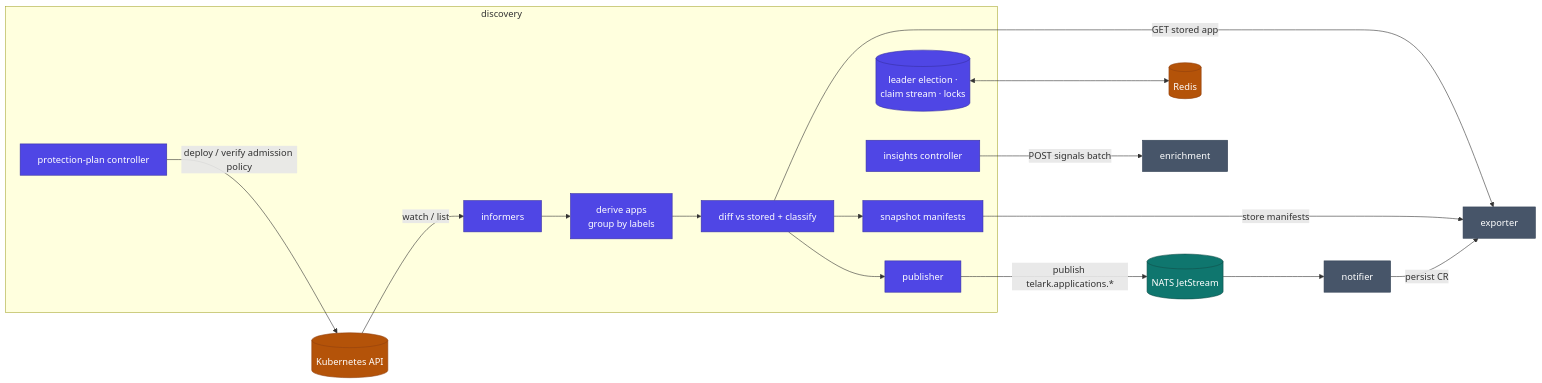
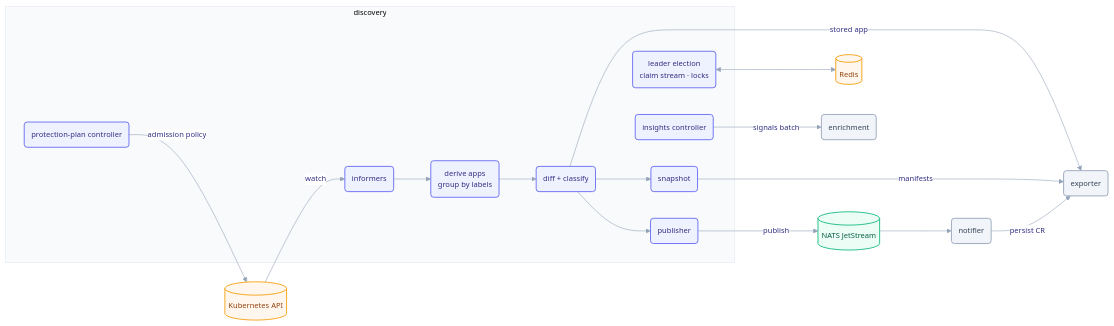
The first of 3 diagrams in services/discovery/README.md (telark/telark), drawn with Mermaid before and after one commit. The commit also changed other lines of this file and 14 other files, not shown here.

Commit message:
adjust README graph style and add missing annotations for CRDs

````diff
--- a/services/discovery/README.md
+++ b/services/discovery/README.md
@@ -15,37 +15,38 @@
 ```mermaid
+%%{init: {"theme":"base","themeVariables":{"fontFamily":"ui-sans-serif, system-ui, -apple-system, Segoe UI, Roboto, sans-serif","fontSize":"13px","lineColor":"#94a3b8","primaryColor":"#eef2ff","primaryBorderColor":"#6366f1","primaryTextColor":"#312e81","edgeLabelBackground":"#ffffff","clusterBkg":"#f8fafc","clusterBorder":"#e2e8f0"},"flowchart":{"curve":"basis","htmlLabels":true,"nodeSpacing":46,"rankSpacing":64,"padding":12}}}%%
 flowchart LR
   K8S[("Kubernetes API")]
 
   subgraph discovery["discovery"]
-    INF[informers] --> DER[derive apps<br/>group by labels]
-    DER --> DIFF[diff vs stored + classify]
-    DIFF --> SNAP[snapshot manifests]
-    DIFF --> PUB[publisher]
-    INS[insights controller]
-    PLN[protection-plan controller]
-    COORD[(leader election ·<br/>claim stream · locks)]
+    INF(informers) --> DER("derive apps<br/>group by labels")
+    DER --> DIFF(diff + classify)
+    DIFF --> SNAP(snapshot)
+    DIFF --> PUB(publisher)
+    INS(insights controller)
+    PLN(protection-plan controller)
+    COORD("leader election<br/>claim stream · locks")
   end
 
-  EXP[exporter]
+  EXP(exporter)
   NATS[("NATS JetStream")]
-  NTF[notifier]
+  NTF(notifier)
   REDIS[("Redis")]
-  ENR[enrichment]
+  ENR(enrichment)
 
-  K8S -->|watch / list| INF
-  DIFF -->|GET stored app| EXP
-  SNAP -->|store manifests| EXP
-  PUB -->|publish telark.applications.*| NATS --> NTF -->|persist CR| EXP
+  K8S -->|watch| INF
+  DIFF -->|stored app| EXP
+  SNAP -->|manifests| EXP
+  PUB -->|publish| NATS --> NTF -->|persist CR| EXP
   COORD <--> REDIS
-  INS -->|POST signals batch| ENR
-  PLN -->|deploy / verify admission policy| K8S
+  INS -->|signals batch| ENR
+  PLN -->|admission policy| K8S
 
-  classDef svc fill:#4f46e5,stroke:#3730a3,color:#fff;
-  classDef infra fill:#0f766e,stroke:#134e4a,color:#fff;
-  classDef peer fill:#475569,stroke:#334155,color:#fff;
-  classDef store fill:#b45309,stroke:#92400e,color:#fff;
+  classDef svc fill:#eef2ff,stroke:#6366f1,stroke-width:1.5px,color:#312e81;
+  classDef infra fill:#ecfdf5,stroke:#10b981,stroke-width:1.5px,color:#065f46;
+  classDef peer fill:#f1f5f9,stroke:#94a3b8,stroke-width:1.5px,color:#334155;
+  classDef store fill:#fff7ed,stroke:#f59e0b,stroke-width:1.5px,color:#92400e;
   class INF,DER,DIFF,SNAP,PUB,INS,PLN,COORD svc;
   class NATS infra;
   class EXP,NTF,ENR peer;
   class K8S,REDIS store;
 ```
````
